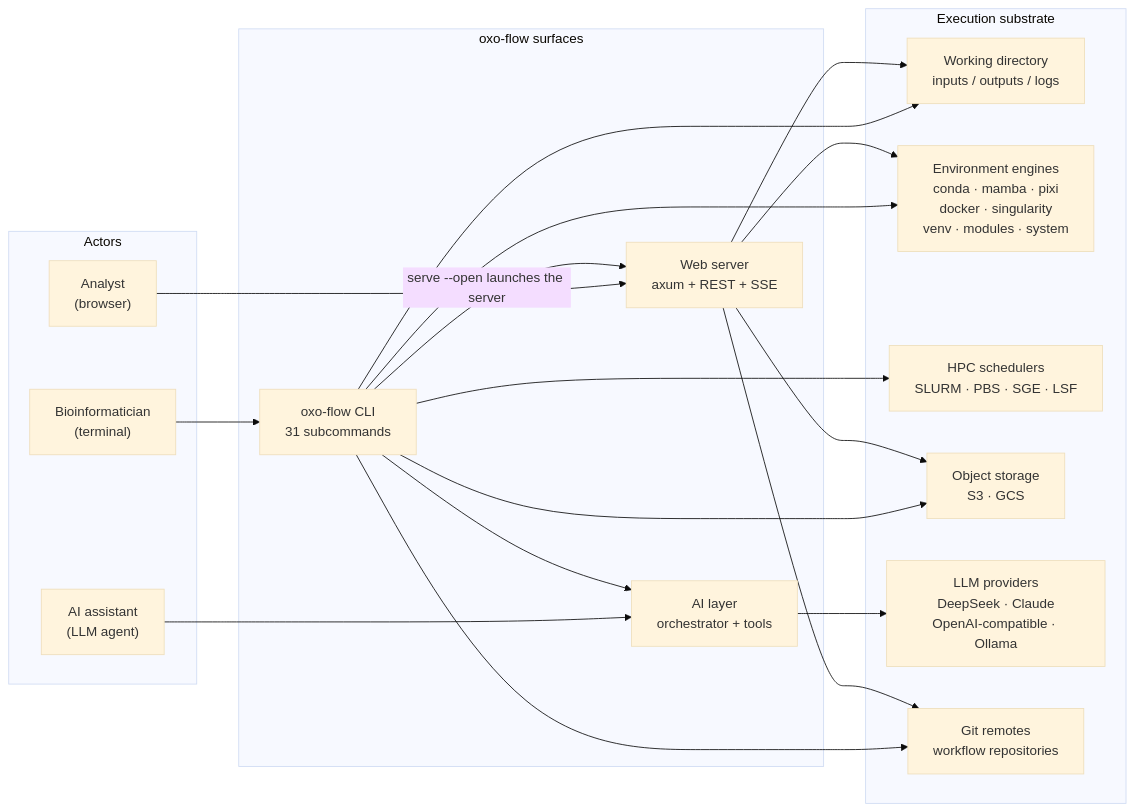
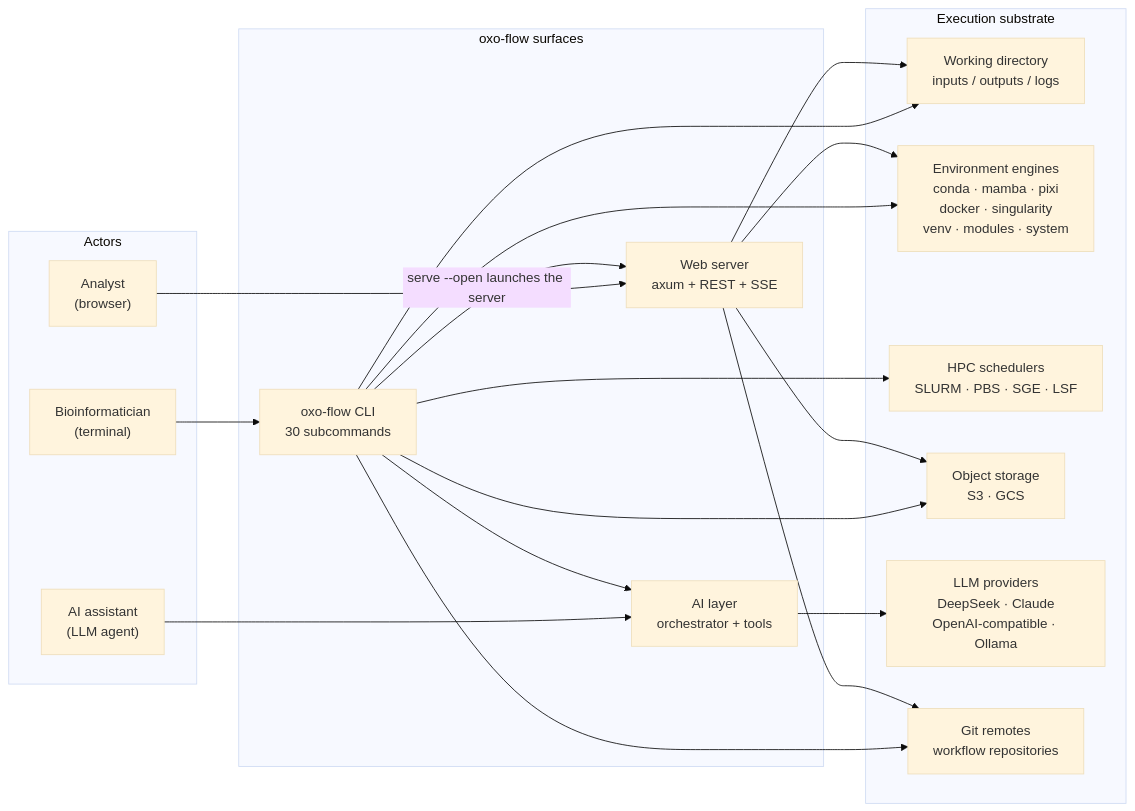
The first of 12 diagrams in docs/guide/src/reference/architecture.md (Traitome/oxo-flow), drawn with Mermaid (base theme) before and after one commit. The commit also changed other lines of this file and 1 other file, not shown here.

````diff
--- a/docs/guide/src/reference/architecture.md
+++ b/docs/guide/src/reference/architecture.md
@@ -49,40 +49,40 @@
 ```mermaid
 flowchart LR
     subgraph actors["Actors"]
         bio["Bioinformatician<br/>(terminal)"]
         webuser["Analyst<br/>(browser)"]
         agent["AI assistant<br/>(LLM agent)"]
     end
 
     subgraph surfaces["oxo-flow surfaces"]
-        cli["oxo-flow CLI<br/>31 subcommands"]
+        cli["oxo-flow CLI<br/>30 subcommands"]
         web["Web server<br/>axum + REST + SSE"]
         ai["AI layer<br/>orchestrator + tools"]
     end
 
     subgraph world["Execution substrate"]
         fs["Working directory<br/>inputs / outputs / logs"]
         env["Environment engines<br/>conda · mamba · pixi<br/>docker · singularity<br/>venv · modules · system"]
         hpc["HPC schedulers<br/>SLURM · PBS · SGE · LSF"]
         obj["Object storage<br/>S3 · GCS"]
         llm["LLM providers<br/>DeepSeek · Claude<br/>OpenAI-compatible · Ollama"]
         git["Git remotes<br/>workflow repositories"]
     end
 
     bio --> cli
     webuser --> web
     cli -- "serve --open launches the server" --> web
     agent --> ai
     cli --> ai
 
     cli --> fs
     web --> fs
     cli --> env
     web --> env
     cli --> hpc
     cli --> obj
     web --> obj
     cli --> git
     web --> git
     ai --> llm
 ```
````
